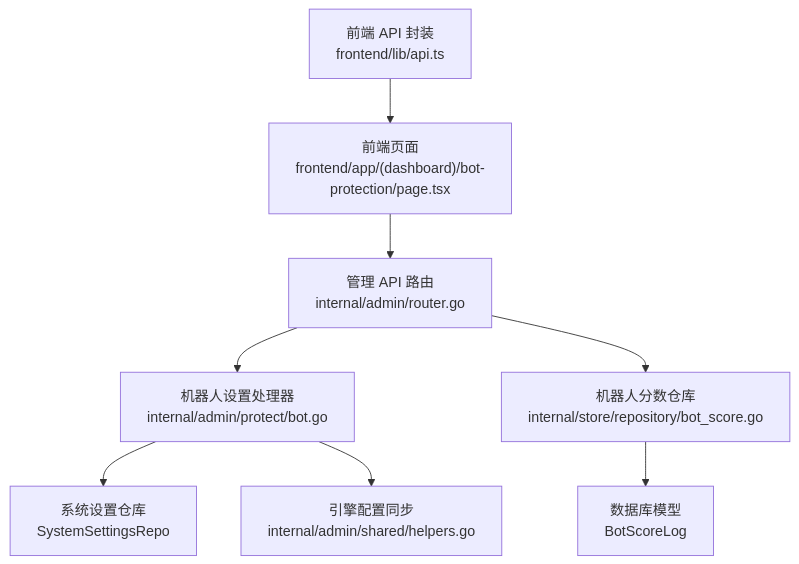
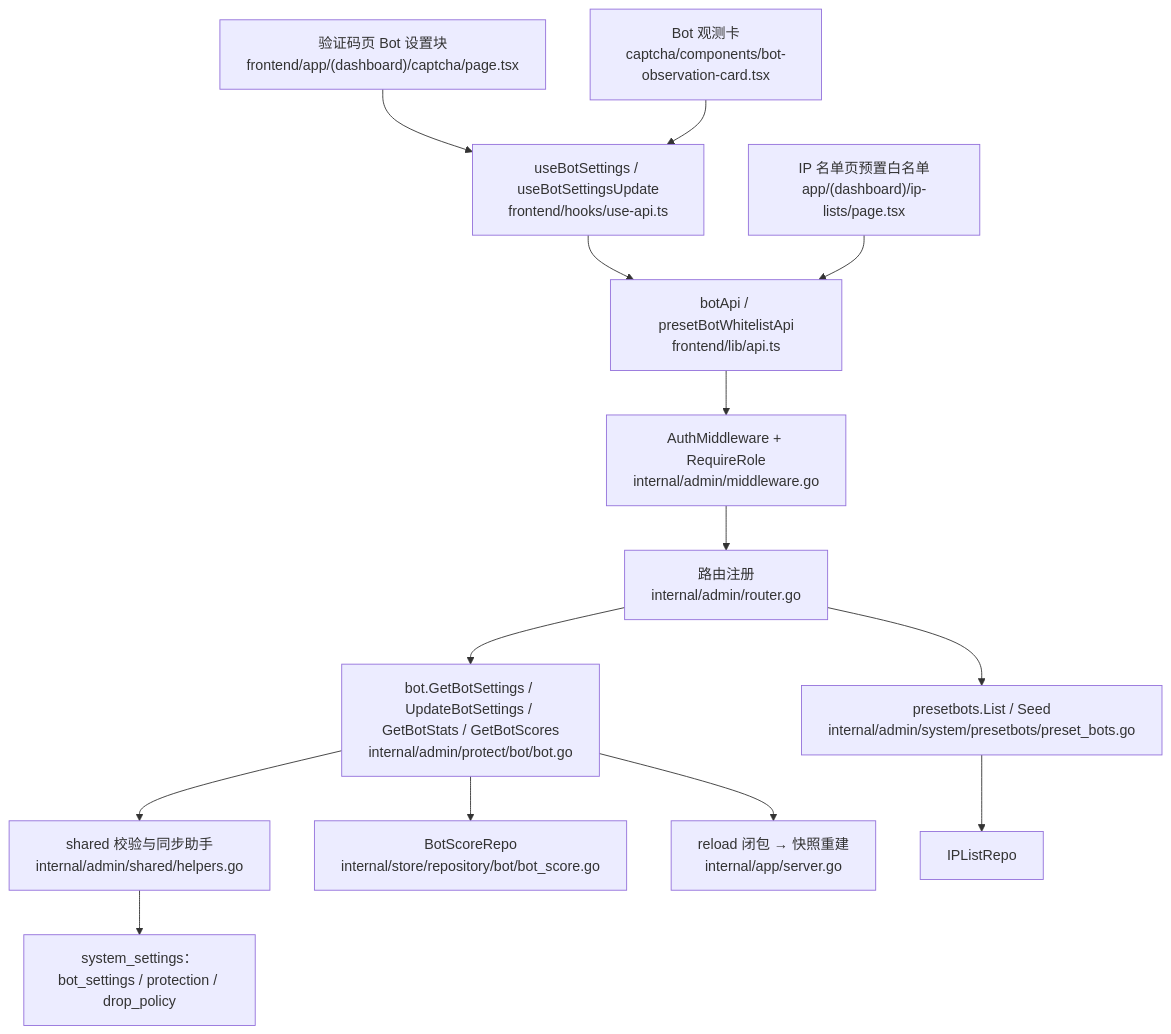
The first of 8 diagrams in docs/管理 API 系统/机器人保护 API.md (x01n/My-OpenWaf), drawn with Mermaid before and after one commit. The commit also changed other lines of this file and 622 other files, not shown here.

````diff
--- a/docs/管理 API 系统/机器人保护 API.md
+++ b/docs/管理 API 系统/机器人保护 API.md
@@ -46,10 +73,16 @@
 ```mermaid
 graph TB
-FE_Bot["前端页面<br/>frontend/app/(dashboard)/bot-protection/page.tsx"] --> API["管理 API 路由<br/>internal/admin/router.go"]
-API --> HandlerBot["机器人设置处理器<br/>internal/admin/protect/bot.go"]
-API --> RepoBot["机器人分数仓库<br/>internal/store/repository/bot_score.go"]
-HandlerBot --> SettingsRepo["系统设置仓库<br/>SystemSettingsRepo"]
-RepoBot --> DB["数据库模型<br/>BotScoreLog"]
-HandlerBot --> EngineSync["引擎配置同步<br/>internal/admin/shared/helpers.go"]
-FE_API["前端 API 封装<br/>frontend/lib/api.ts"] --> FE_Bot
+FE_Page["验证码页 Bot 设置块<br/>frontend/app/(dashboard)/captcha/page.tsx"] --> FE_Hook["useBotSettings / useBotSettingsUpdate<br/>frontend/hooks/use-api.ts"]
+FE_Card["Bot 观测卡<br/>captcha/components/bot-observation-card.tsx"] --> FE_Hook
+FE_IP["IP 名单页预置白名单<br/>app/(dashboard)/ip-lists/page.tsx"] --> FE_API["botApi / presetBotWhitelistApi<br/>frontend/lib/api.ts"]
+FE_Hook --> FE_API
+FE_API --> MW["AuthMiddleware + RequireRole<br/>internal/admin/middleware.go"]
+MW --> Router["路由注册<br/>internal/admin/router.go"]
+Router --> Handler["bot.GetBotSettings / UpdateBotSettings / GetBotStats / GetBotScores<br/>internal/admin/protect/bot/bot.go"]
+Router --> Preset["presetbots.List / Seed<br/>internal/admin/system/presetbots/preset_bots.go"]
+Handler --> Shared["shared 校验与同步助手<br/>internal/admin/shared/helpers.go"]
+Handler --> BotRepo["BotScoreRepo<br/>internal/store/repository/bot/bot_score.go"]
+Preset --> IPRepo["IPListRepo"]
+Shared --> Settings["system_settings：bot_settings / protection / drop_policy"]
+Handler --> Reload["reload 闭包 → 快照重建<br/>internal/app/server.go"]
 ```
````
